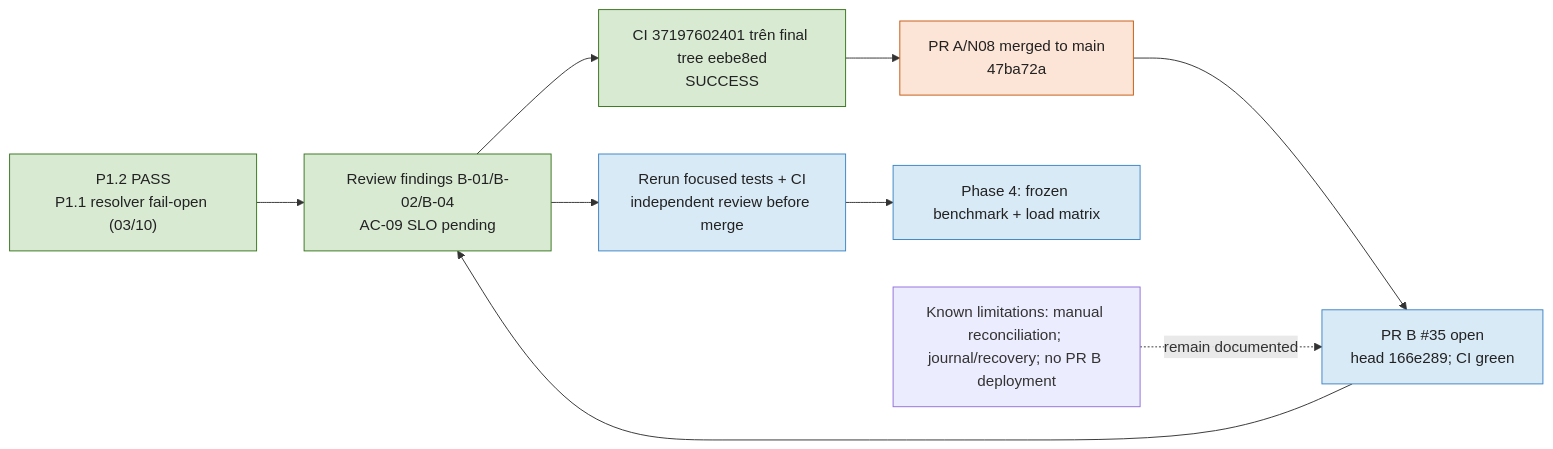
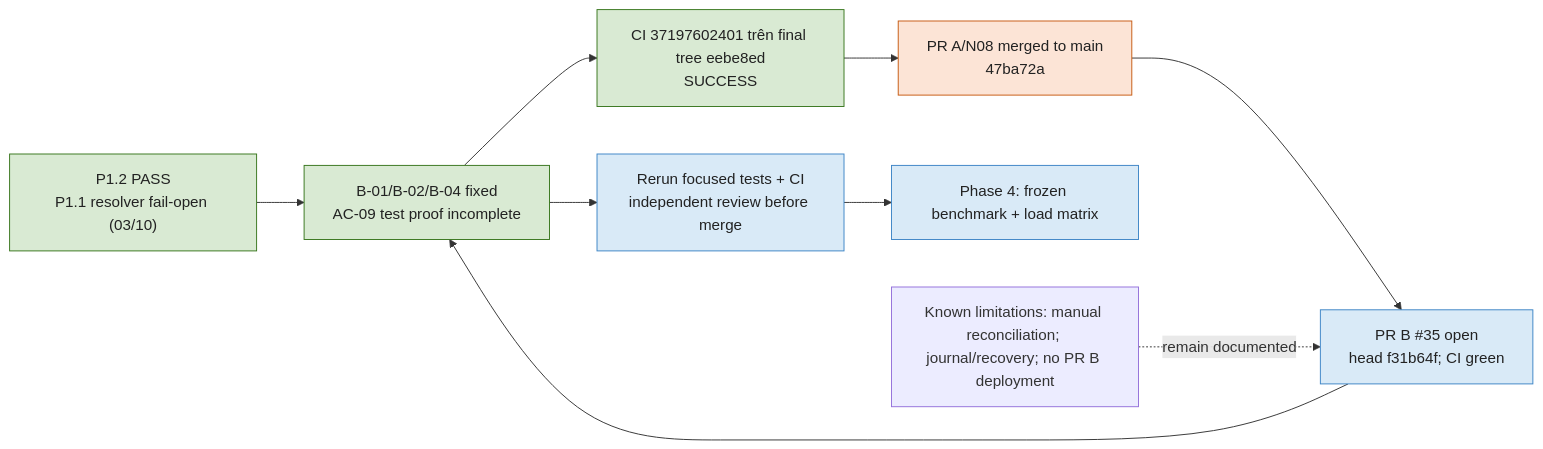
One commit to tuteemovaixlong/CSKH_ban_le changed the first of 2 diagrams in docs/PLAN_EXECUTION_HANDOFF_GPT6_ASTRA.md. Above: the diagram before and after it, drawn with Mermaid. The commit also changed other lines of this file and 8 other files, not shown here.

````diff
--- a/docs/PLAN_EXECUTION_HANDOFF_GPT6_ASTRA.md
+++ b/docs/PLAN_EXECUTION_HANDOFF_GPT6_ASTRA.md
@@ -232,18 +232,18 @@
 ```mermaid
 flowchart LR
     N08["P1.2 PASS<br/>P1.1 resolver fail-open (03/10)"] --> Fix["Fix swallowed ApiError + lookup failure<br/>+ SQLite/PG regression<br/>code patch c4e9976"]
     Fix --> SHA["CI 37197602401 trên final tree eebe8ed<br/>SUCCESS"]
     SHA --> Merge["PR A/N08 merged to main<br/>47ba72a"]
 
-    Merge --> PRB["PR B #35 open<br/>head 166e289; CI green"]
-    PRB --> Fix["Review findings B-01/B-02/B-04<br/>AC-09 SLO pending"]
+    Merge --> PRB["PR B #35 open<br/>head f31b64f; CI green"]
+    PRB --> Fix["B-01/B-02/B-04 fixed<br/>AC-09 test proof incomplete"]
     Fix --> Verify["Rerun focused tests + CI<br/>independent review before merge"]
     Verify --> Phase4["Phase 4: frozen benchmark + load matrix"]
     Limit["Known limitations: manual reconciliation; journal/recovery; no PR B deployment"] -. "remain documented" .-> PRB
     classDef done fill:#d9ead3,stroke:#38761d,color:#222
     classDef pending fill:#fce4d6,stroke:#c65911,color:#222
     classDef next fill:#d9eaf7,stroke:#3d85c6,color:#222
     class N08,Fix,SHA done
     class Review,Merge pending
     class PRB,Verify,Phase4 next
 ```
````
